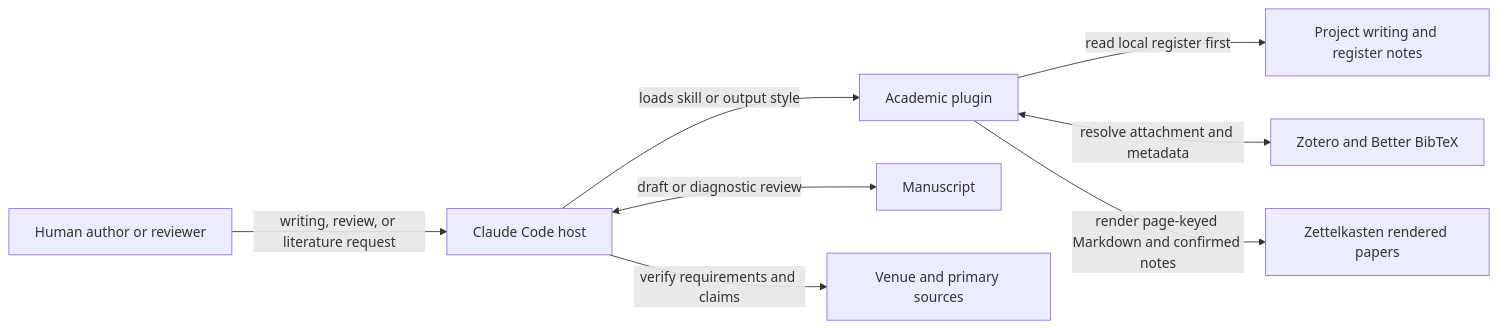
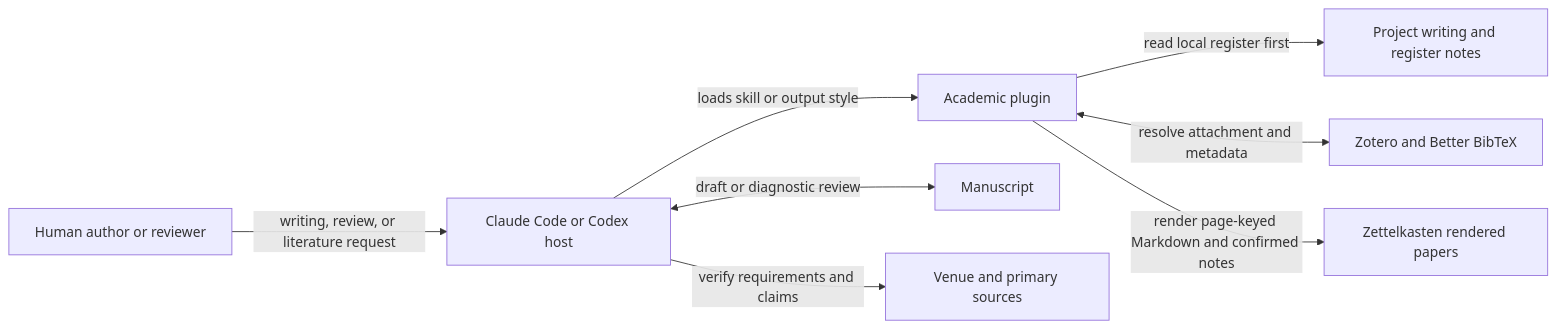
One commit to Denubis/denubis-plugins changed the diagram in docs/architecture/plugins/denubis-academic/0-context.md. Above: the diagram before and after it, drawn with Mermaid. The commit also changed other lines of this file and 70 other files, not shown here.

````diff
--- a/docs/architecture/plugins/denubis-academic/0-context.md
+++ b/docs/architecture/plugins/denubis-academic/0-context.md
@@ -8,19 +8,19 @@
 ```mermaid
 flowchart LR
     H[Human author or reviewer]
-    C[Claude Code host]
+    C[Claude Code or Codex host]
     P[Academic plugin]
     N[Project writing and register notes]
     M[Manuscript]
     Z[Zotero and Better BibTeX]
     K[Zettelkasten rendered papers]
     V[Venue and primary sources]
 
     H -->|writing, review, or literature request| C
     C -->|loads skill or output style| P
     P -->|read local register first| N
     C <-->|draft or diagnostic review| M
     P <-->|resolve attachment and metadata| Z
     P -->|render page-keyed Markdown and confirmed notes| K
     C -->|verify requirements and claims| V
 ```
````
